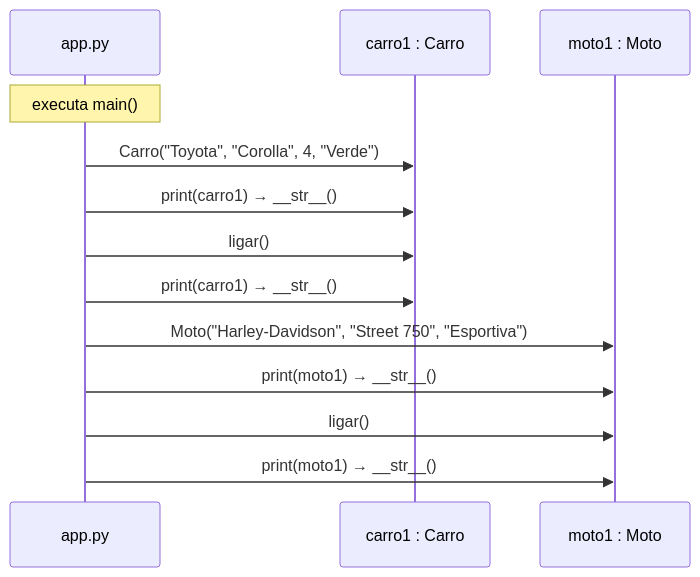
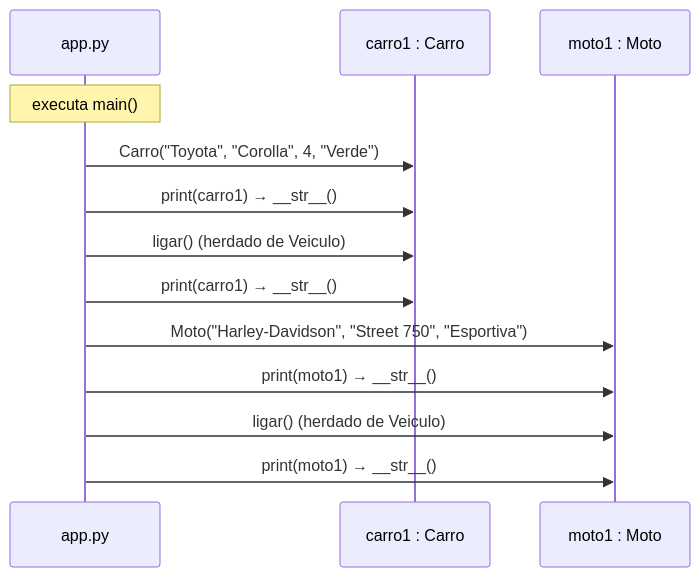
The third of 3 diagrams in python/alura/carreira/NIVEL1/03-objetos-API/VEICULOS/README.md (marcuswlima/learning), drawn with Mermaid before and after one commit. The commit also changed other lines of this file and 4 other files, not shown here.

First line of the commit message:
VEICULOS: move ligar/desligar para Veiculo e remove classe abstrata

````diff
--- a/python/alura/carreira/NIVEL1/03-objetos-API/VEICULOS/README.md
+++ b/python/alura/carreira/NIVEL1/03-objetos-API/VEICULOS/README.md
@@ -174,16 +161,16 @@
 ```mermaid
 sequenceDiagram
     participant App as app.py
     participant C as carro1 : Carro
     participant M as moto1 : Moto
 
     Note over App: executa main()
     App->>C: Carro("Toyota", "Corolla", 4, "Verde")
     App->>C: print(carro1)  →  __str__()
-    App->>C: ligar()
+    App->>C: ligar()  (herdado de Veiculo)
     App->>C: print(carro1)  →  __str__()
     App->>M: Moto("Harley-Davidson", "Street 750", "Esportiva")
     App->>M: print(moto1)  →  __str__()
-    App->>M: ligar()
+    App->>M: ligar()  (herdado de Veiculo)
     App->>M: print(moto1)  →  __str__()
 ```
````
